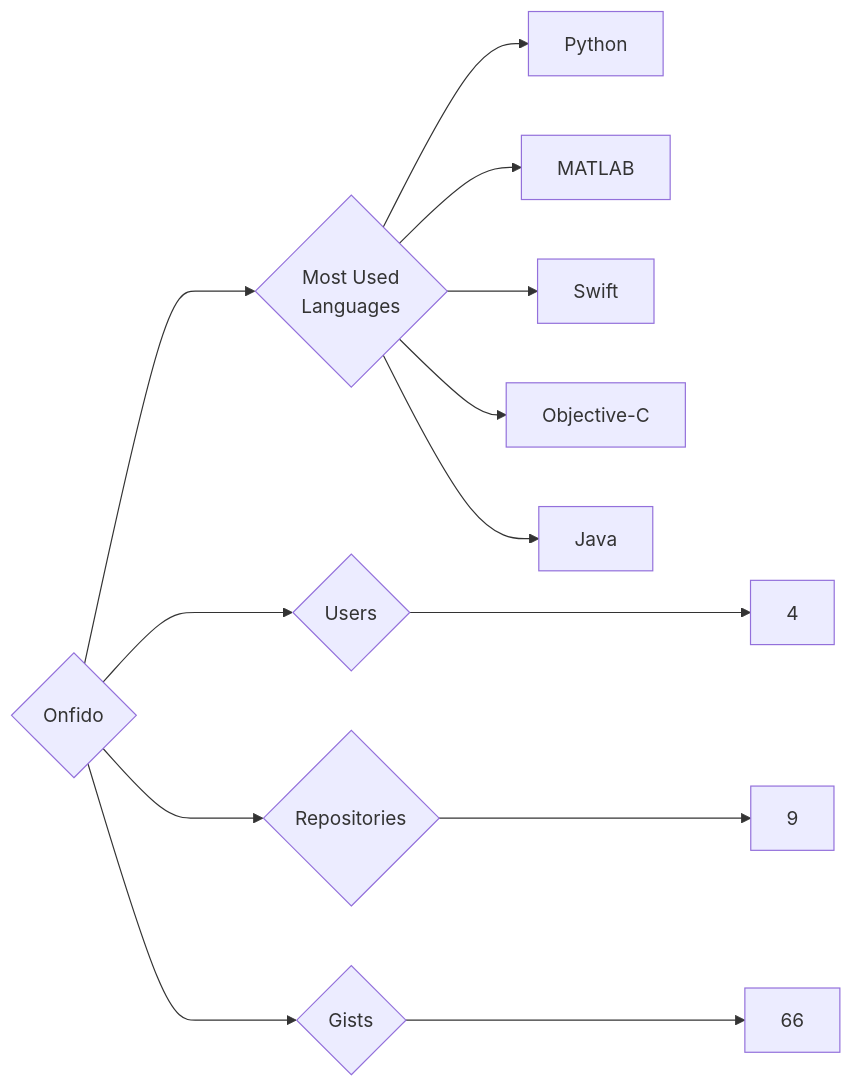
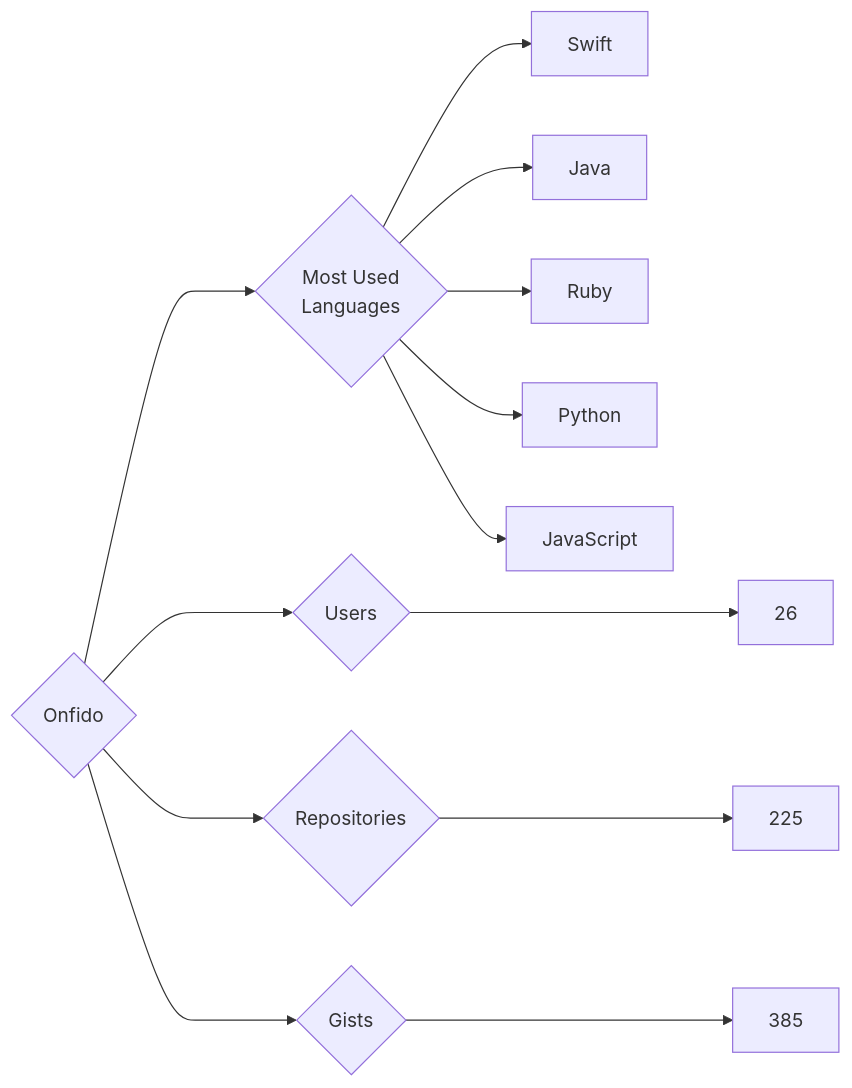
One commit to trickest/insiders changed the diagram in targets/Onfido/README.md. Above: the diagram before and after it, drawn with Mermaid. The commit also changed 597 other files, not shown here.

````diff
--- a/targets/Onfido/README.md
+++ b/targets/Onfido/README.md
@@ -3,13 +3,13 @@
 ```mermaid
 graph LR
 COMPANY_NAME{Onfido}
-COMPANY_NAME ---> U{Users} ---> UN[4]
-COMPANY_NAME ---> R{Repositories} ---> RN[9]
-COMPANY_NAME ---> G{Gists} ---> GN[66]
+COMPANY_NAME ---> U{Users} ---> UN[26]
+COMPANY_NAME ---> R{Repositories} ---> RN[225]
+COMPANY_NAME ---> G{Gists} ---> GN[385]
 COMPANY_NAME ---> ML{Most Used<br>Languages}
+ML --> Swift[Swift]
+ML --> Java[Java]
+ML --> Ruby[Ruby]
 ML --> Python[Python]
-ML --> MATLAB[MATLAB]
-ML --> Swift[Swift]
-ML --> Objective-C[Objective-C]
-ML --> Java[Java]
+ML --> JavaScript[JavaScript]
 ```
````
